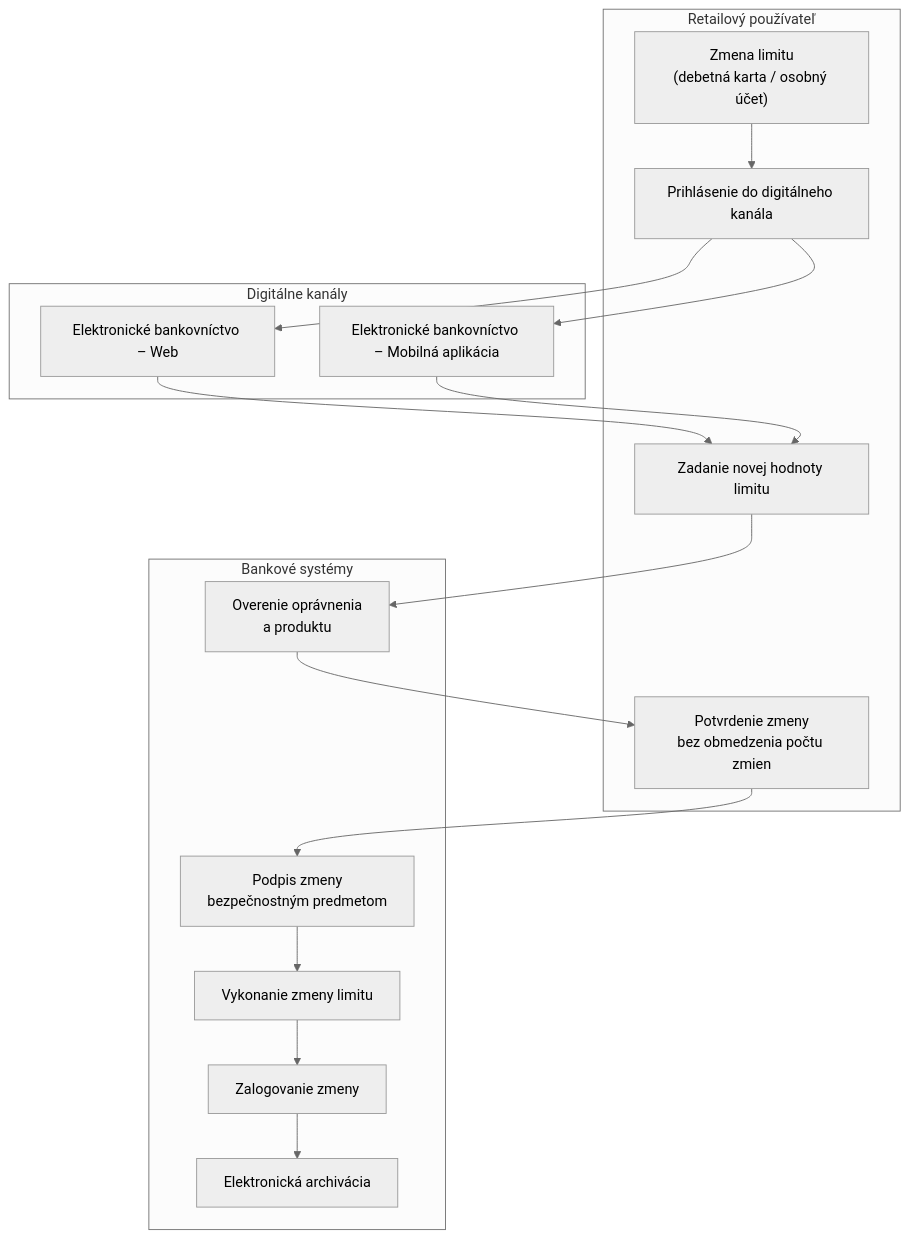
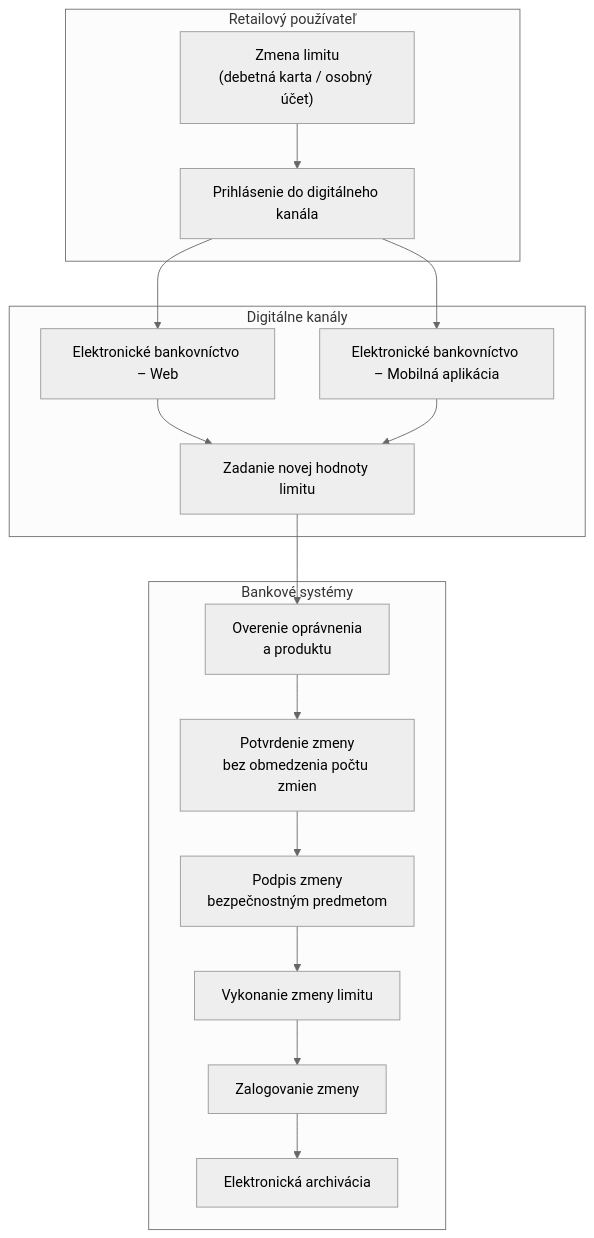
The second of 5 diagrams in README.md (mmmmichal/eb_limits), drawn with Mermaid (neutral theme) before and after one commit. The commit also changed other lines of this file, not shown here.

Commit message:
uprava cieloveho stavu - diagram

````diff
--- a/README.md
+++ b/README.md
@@ -66,37 +66,39 @@
 ```mermaid
 
 flowchart TD
 
     subgraph U[Retailový používateľ]
         A["Zmena limitu<br/>(debetná karta / osobný účet)"]
         B[Prihlásenie do digitálneho kanála]
-        C[Zadanie novej hodnoty limitu]
-        D[Potvrdenie zmeny<br/>bez obmedzenia počtu zmien]
+        
+        
     end
 
     subgraph K[Digitálne kanály]
         K1[Elektronické bankovníctvo – Web]
+        C[Zadanie novej hodnoty limitu]
         K2[Elektronické bankovníctvo – Mobilná aplikácia]
     end
 
     subgraph S[Bankové systémy]
         E[Overenie oprávnenia<br/>a produktu]
+        D[Potvrdenie zmeny<br/>bez obmedzenia počtu zmien]
         F[Podpis zmeny<br/>bezpečnostným predmetom]
         G[Vykonanie zmeny limitu]
         H[Zalogovanie zmeny]
         I[Elektronická archivácia]
     end
 
     A --> B
     B --> K1
     B --> K2
     K1 --> C
     K2 --> C
     C --> E
     E --> D
     D --> F
     F --> G
     G --> H
     H --> I
 
 ```
````
